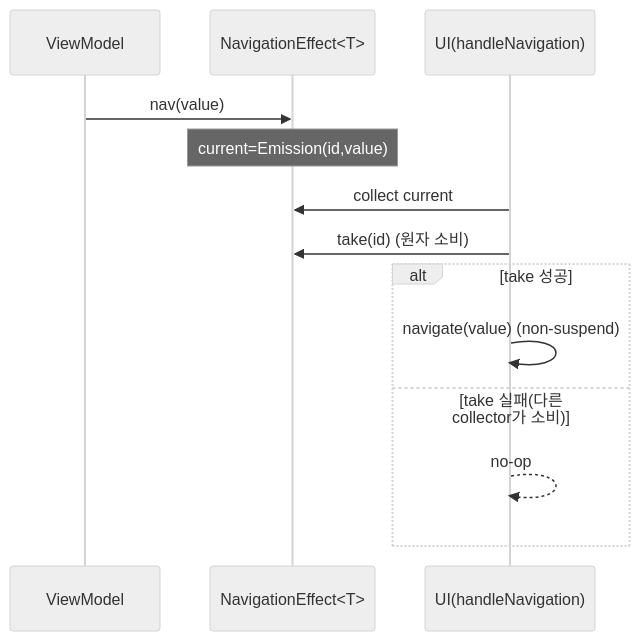
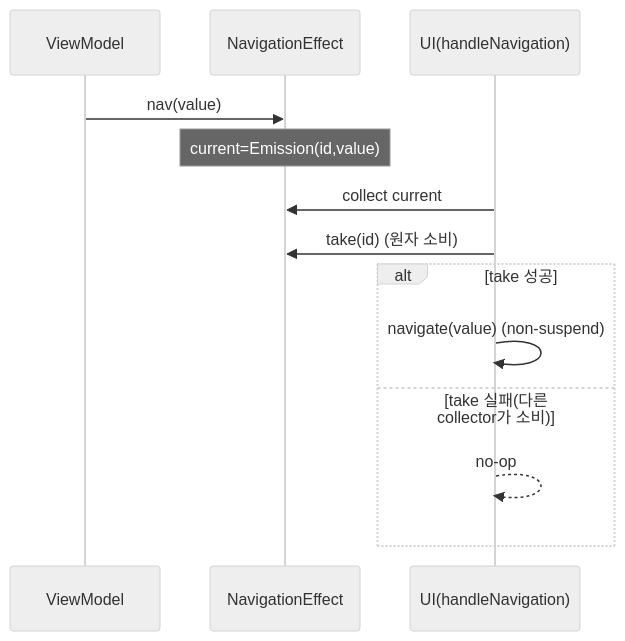
The third of 3 diagrams in _posts/2026/02/2026-02-17-viewmodel-single-event.md (kez-lab/kez-lab.github.io), drawn with Mermaid (neutral theme) before and after one commit. The commit also changed other lines of this file, not shown here.

Commit message:
fix: remove mermaid generic syntax from 4.1 flow labels

````diff
--- a/_posts/2026/02/2026-02-17-viewmodel-single-event.md
+++ b/_posts/2026/02/2026-02-17-viewmodel-single-event.md
@@ -141,16 +141,16 @@
 ```mermaid
 sequenceDiagram
   participant VM as ViewModel
-  participant NE as NavigationEffect<T>
+  participant NE as NavigationEffect
   participant UI as UI(handleNavigation)
 
   VM->>NE: nav(value)
   Note over NE: current=Emission(id,value)
   UI->>NE: collect current
   UI->>NE: take(id) (원자 소비)
   alt take 성공
     UI->>UI: navigate(value) (non-suspend)
   else take 실패(다른 collector가 소비)
     UI-->>UI: no-op
   end
 ```
````
